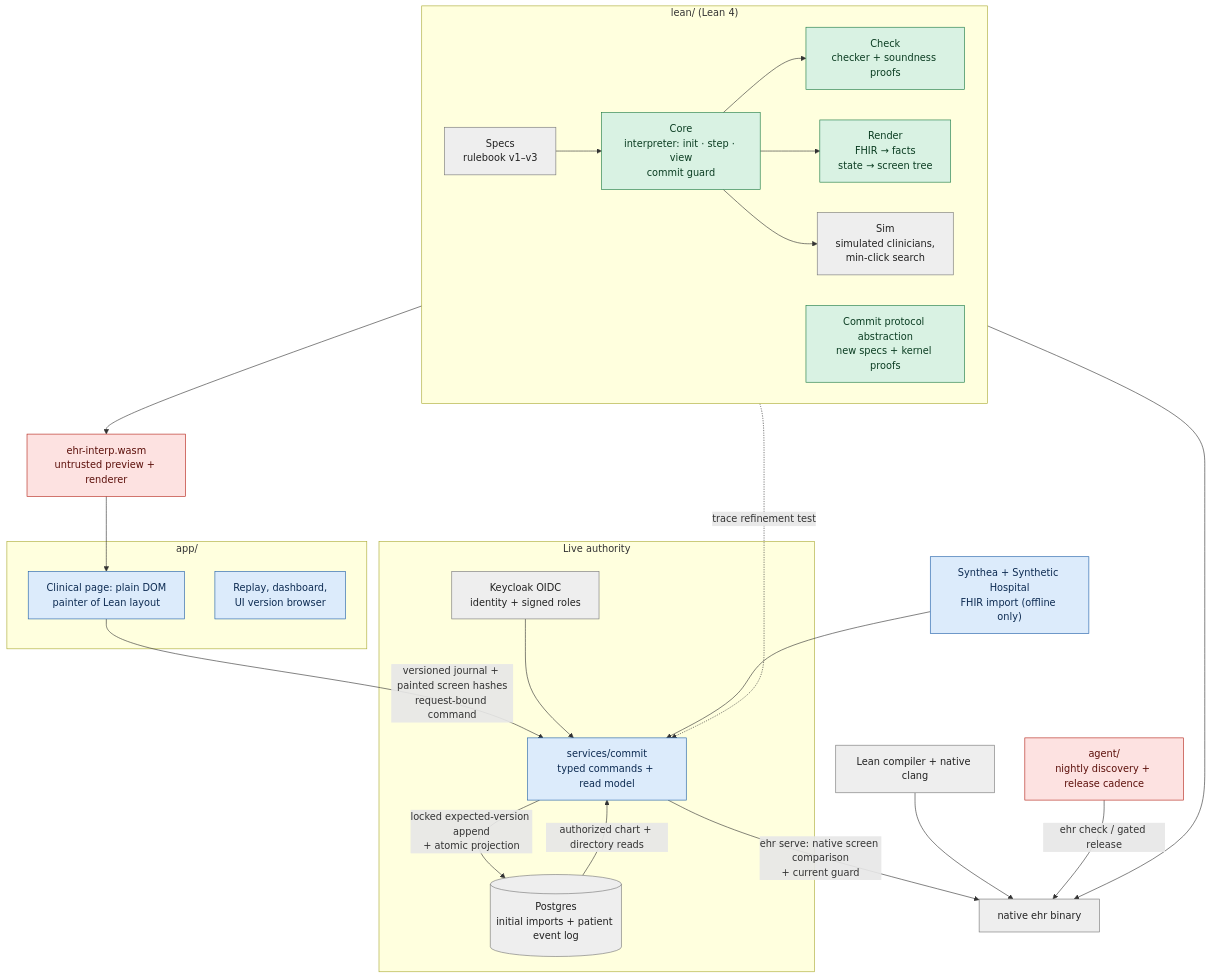
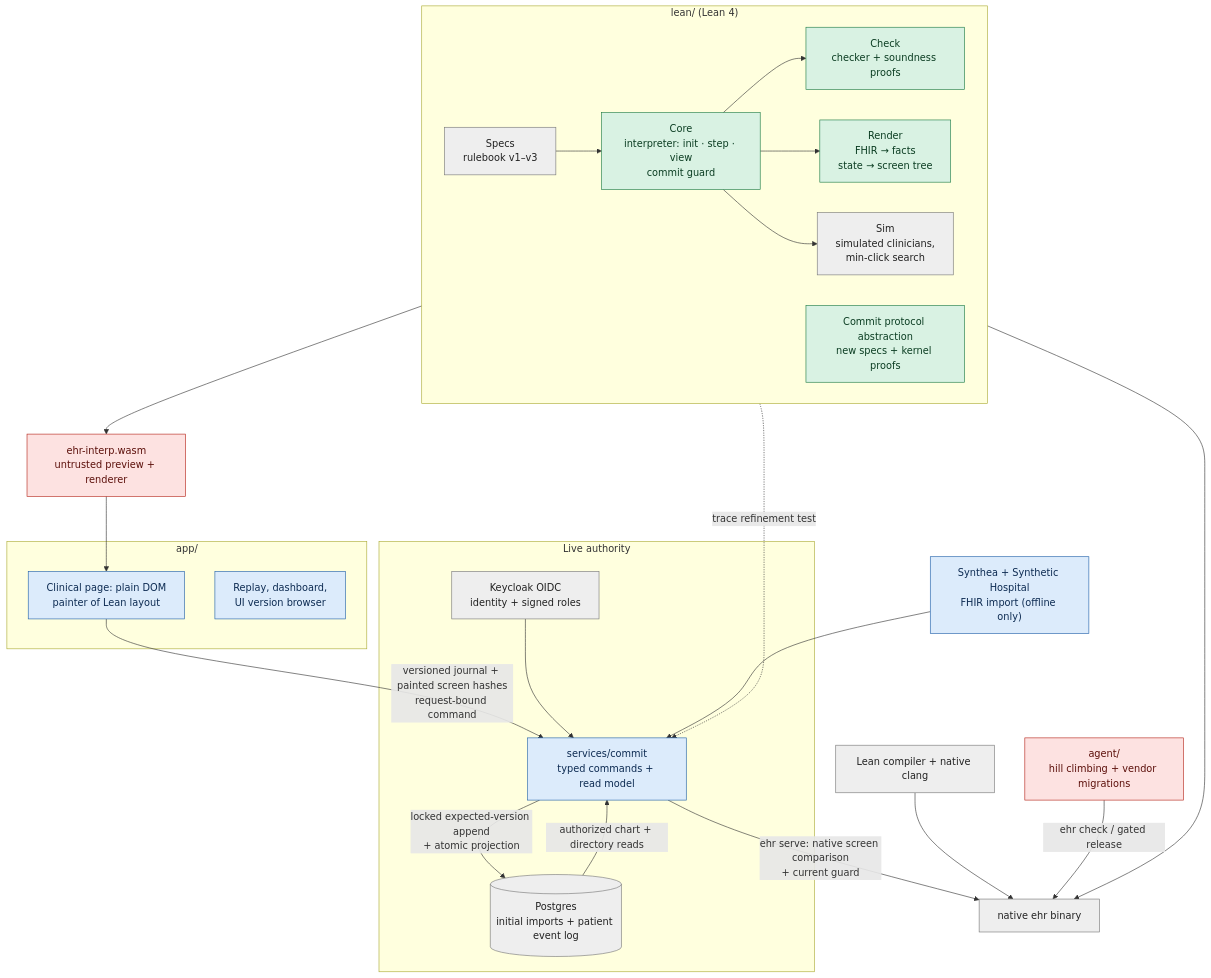
The second of 3 diagrams in docs/architecture.md (saithat/VGI-Health), drawn with Mermaid before and after one commit. The commit also changed other lines of this file and 458 other files, not shown here.

````diff
--- a/docs/architecture.md
+++ b/docs/architecture.md
@@ -52,50 +52,50 @@
 ```mermaid
 flowchart TB
   classDef proved fill:#d9f2e3,stroke:#1b7a43,color:#0b3d22
   classDef checked fill:#dcebfb,stroke:#1f5fa8,color:#0d2b52
   classDef trusted fill:#eeeeee,stroke:#777,color:#222
   classDef untrusted fill:#fde2e1,stroke:#b42318,color:#5c100b
 
   subgraph LEAN["lean/ (Lean 4)"]
     direction LR
     SPECS["Specs<br/>rulebook v1–v3"]:::trusted
     PROTOCOL["Commit protocol abstraction<br/>new specs + kernel proofs"]:::proved
     CORE["Core<br/>interpreter: init · step · view<br/>commit guard"]:::proved
     CHECK["Check<br/>checker + soundness proofs"]:::proved
     RENDER["Render<br/>FHIR → facts<br/>state → screen tree"]:::proved
     SIM["Sim<br/>simulated clinicians,<br/>min-click search"]:::trusted
     SPECS --> CORE --> CHECK
     CORE --> RENDER
     CORE --> SIM
   end
 
   TOOLCHAIN["Lean compiler + native clang"]:::trusted
   TOOLCHAIN --> NATIVE
   NATIVE["native ehr binary"]:::trusted
   WASM["ehr-interp.wasm<br/>untrusted preview + renderer"]:::untrusted
   LEAN --> NATIVE
   LEAN --> WASM
 
   subgraph BROWSER["app/"]
     PAINTER["Clinical page: plain DOM<br/>painter of Lean layout"]:::checked
     DASH["Replay, dashboard,<br/>UI version browser"]:::checked
   end
   WASM --> PAINTER
 
-  AGENT["agent/<br/>nightly discovery + release cadence"]:::untrusted
+  AGENT["agent/<br/>hill climbing + vendor migrations"]:::untrusted
   AGENT -->|"ehr check / gated release"| NATIVE
 
   subgraph BACKEND["Live authority"]
     COMMIT["services/commit<br/>typed commands + read model"]:::checked
     STORE[("Postgres<br/>initial imports + patient event log")]:::trusted
     OIDC["Keycloak OIDC<br/>identity + signed roles"]:::trusted
   end
   IMPORT["Synthea + Synthetic Hospital<br/>FHIR import (offline only)"]:::checked
   PAINTER -->|"versioned journal + painted screen hashes<br/>request-bound command"| COMMIT
   PROTOCOL -.->|"trace refinement test"| COMMIT
   OIDC --> COMMIT
   COMMIT -->|"ehr serve: native screen comparison<br/>+ current guard"| NATIVE
   COMMIT -->|"locked expected-version append<br/>+ atomic projection"| STORE
   STORE -->|"authorized chart + directory reads"| COMMIT
   IMPORT --> COMMIT
 ```
````
